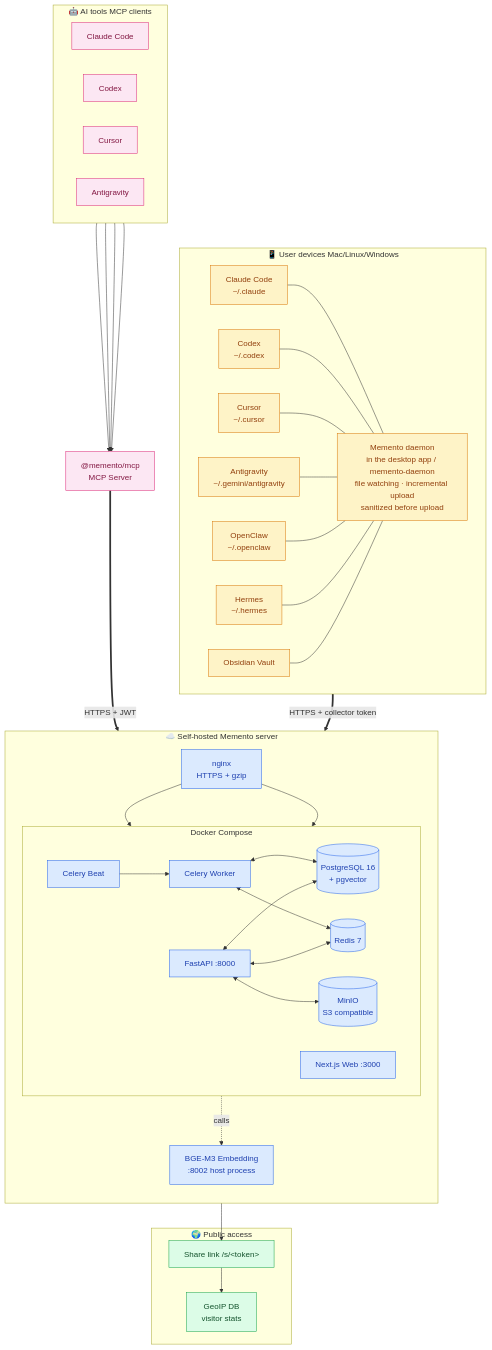
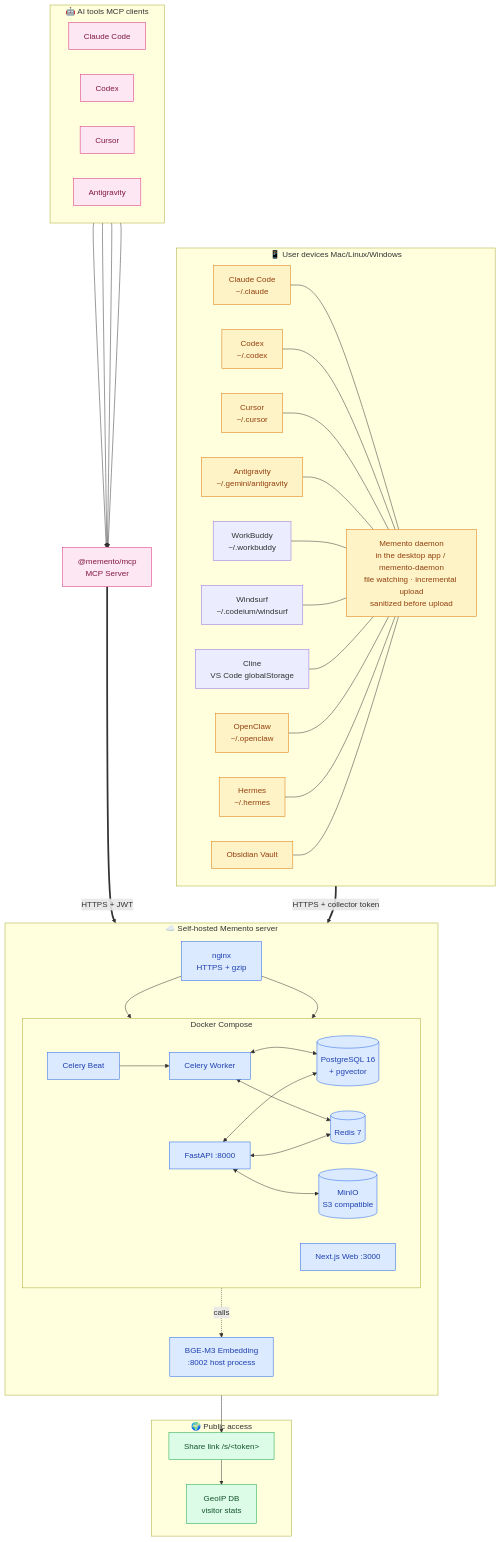
One commit to ddong8/memento changed the first of 2 diagrams in README.en.md. Above: the diagram before and after it, drawn with Mermaid. The commit also changed other lines of this file and 5 other files, not shown here.

Commit message:
feat(landing): 首页特性对齐9大核心模块并增加Android端与工具矩阵架构图更新

```diff
--- a/README.en.md
+++ b/README.en.md
@@ -48,6 +48,9 @@
         CDX["Codex<br/>~/.codex"]
         CUR["Cursor<br/>~/.cursor"]
         AG["Antigravity<br/>~/.gemini/antigravity"]
+        WB["WorkBuddy<br/>~/.workbuddy"]
+        WS["Windsurf<br/>~/.codeium/windsurf"]
+        CL["Cline<br/>VS Code globalStorage"]
         OC["OpenClaw<br/>~/.openclaw"]
         HM["Hermes<br/>~/.hermes"]
         OBS["Obsidian Vault"]
@@ -56,6 +59,9 @@
         CDX --- COL
         CUR --- COL
         AG --- COL
+        WB --- COL
+        WS --- COL
+        CL --- COL
         OC --- COL
         HM --- COL
         OBS --- COL
```
